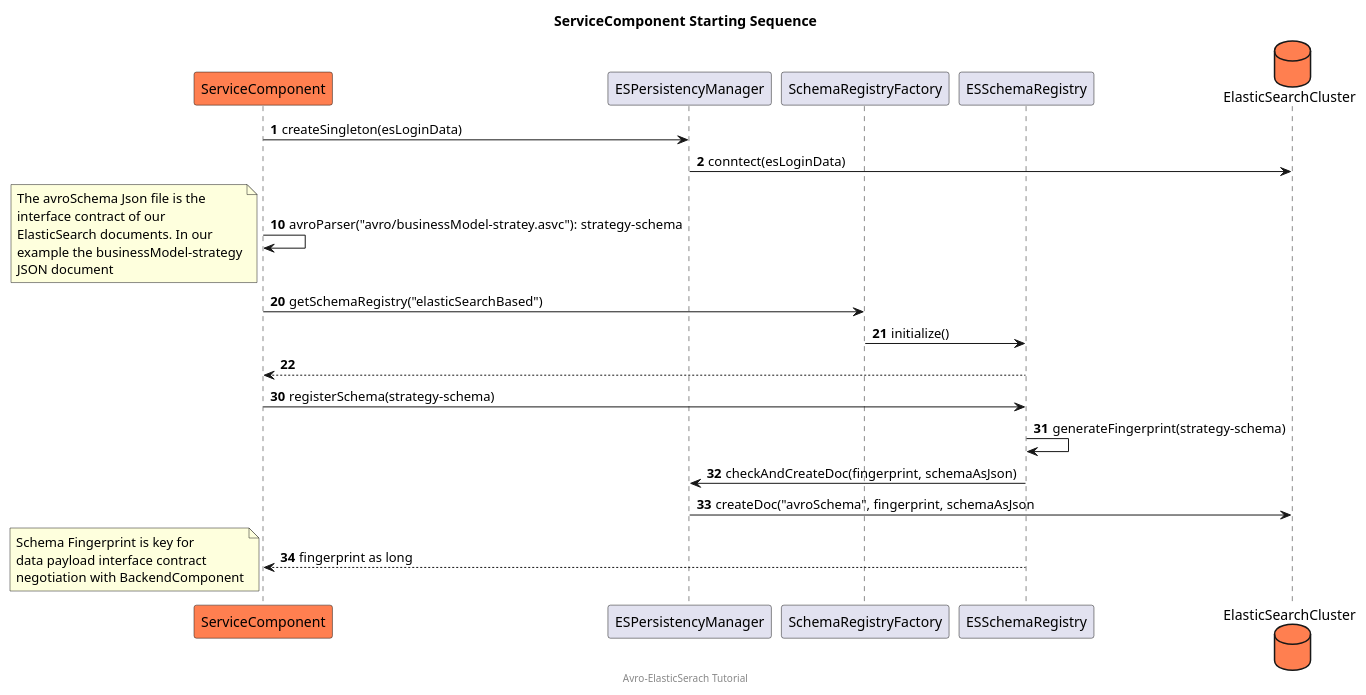
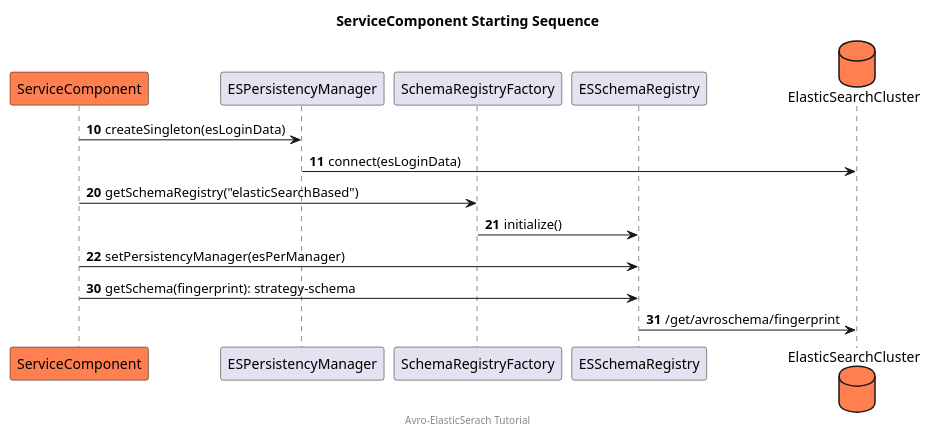
Before and after one commit to talfco/tutorial-apache-avro: the diagram in plantUML/serviceComponentStartingSequence.puml, drawn with PlantUML. The commit also changed 4 other files, not shown here.

Commit message:
dine tuning, new plantuml diagram

```diff
--- a/plantUML/serviceComponentStartingSequence.puml
+++ b/plantUML/serviceComponentStartingSequence.puml
@@ -1,38 +1,24 @@
 @startuml
 participant ServiceComponent order 10 #coral
 participant ESPersistencyManager order 20
 participant SchemaRegistryFactory order 30
 participant ESSchemaRegistry order 40
 database ElasticSearchCluster order 100  #coral
 
 title "ServiceComponent Starting Sequence"
 footer "Avro-ElasticSerach Tutorial"
 
-autonumber 1
+autonumber 10
 ServiceComponent -> ESPersistencyManager: createSingleton(esLoginData)
-ESPersistencyManager -> ElasticSearchCluster: conntect(esLoginData)
-autonumber 10
-ServiceComponent -> ServiceComponent: avroParser("avro/businessModel-stratey.asvc"): strategy-schema
-note left
-The avroSchema Json file is the
-interface contract of our
-ElasticSearch documents. In our
-example the businessModel-strategy
-JSON document
-end note
+ESPersistencyManager -> ElasticSearchCluster: connect(esLoginData)
+
 autonumber 20
 ServiceComponent -> SchemaRegistryFactory: getSchemaRegistry("elasticSearchBased")
 SchemaRegistryFactory -> ESSchemaRegistry: initialize()
-ESSchemaRegistry --> ServiceComponent
+ServiceComponent -> ESSchemaRegistry: setPersistencyManager(esPerManager)
+
 autonumber 30
-ServiceComponent -> ESSchemaRegistry: registerSchema(strategy-schema)
-ESSchemaRegistry -> ESSchemaRegistry: generateFingerprint(strategy-schema)
-ESSchemaRegistry -> ESPersistencyManager: checkAndCreateDoc(fingerprint, schemaAsJson)
-ESPersistencyManager -> ElasticSearchCluster: createDoc("avroSchema", fingerprint, schemaAsJson
-ESSchemaRegistry --> ServiceComponent: fingerprint as long
-note left
- Schema Fingerprint is key for
- data payload interface contract
- negotiation with BackendComponent
-end note
+ServiceComponent -> ESSchemaRegistry: getSchema(fingerprint): strategy-schema
+ESSchemaRegistry -> ElasticSearchCluster: /get/avroschema/fingerprint
+
 @enduml
```
